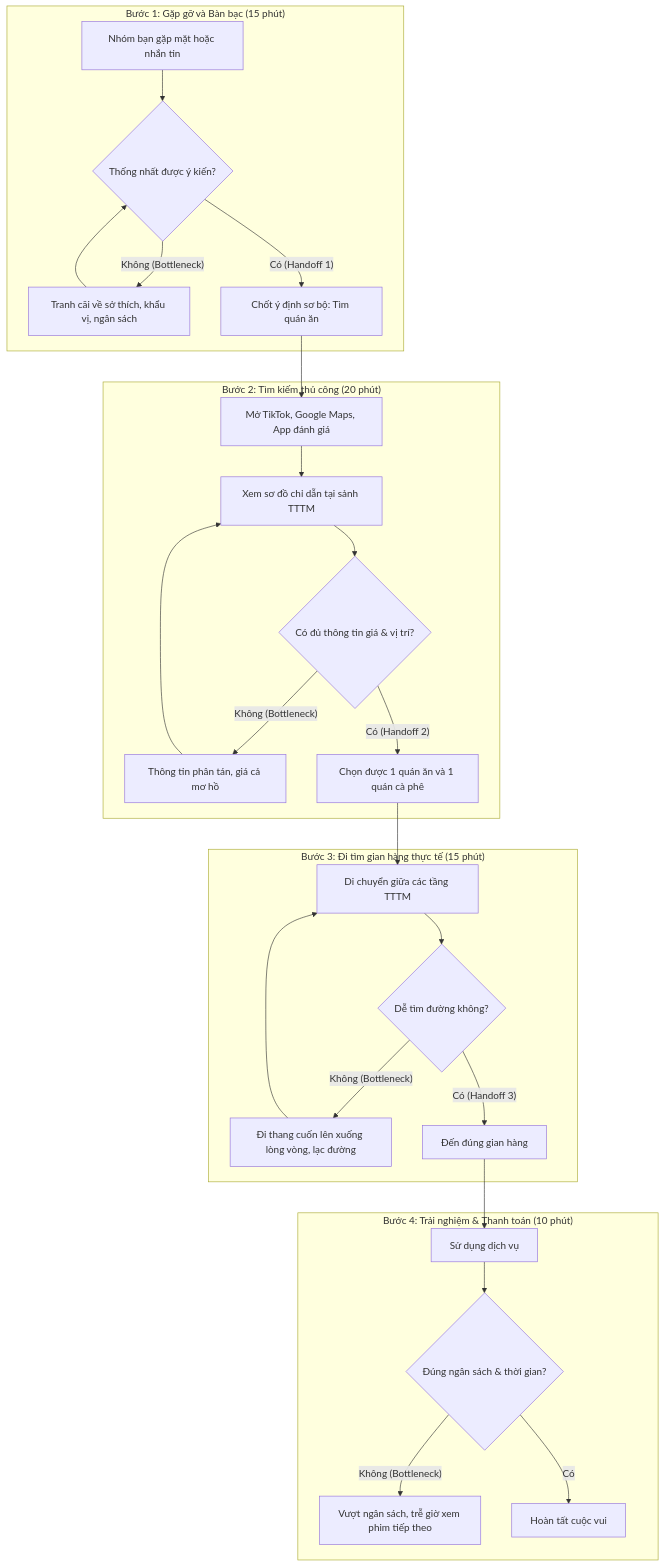
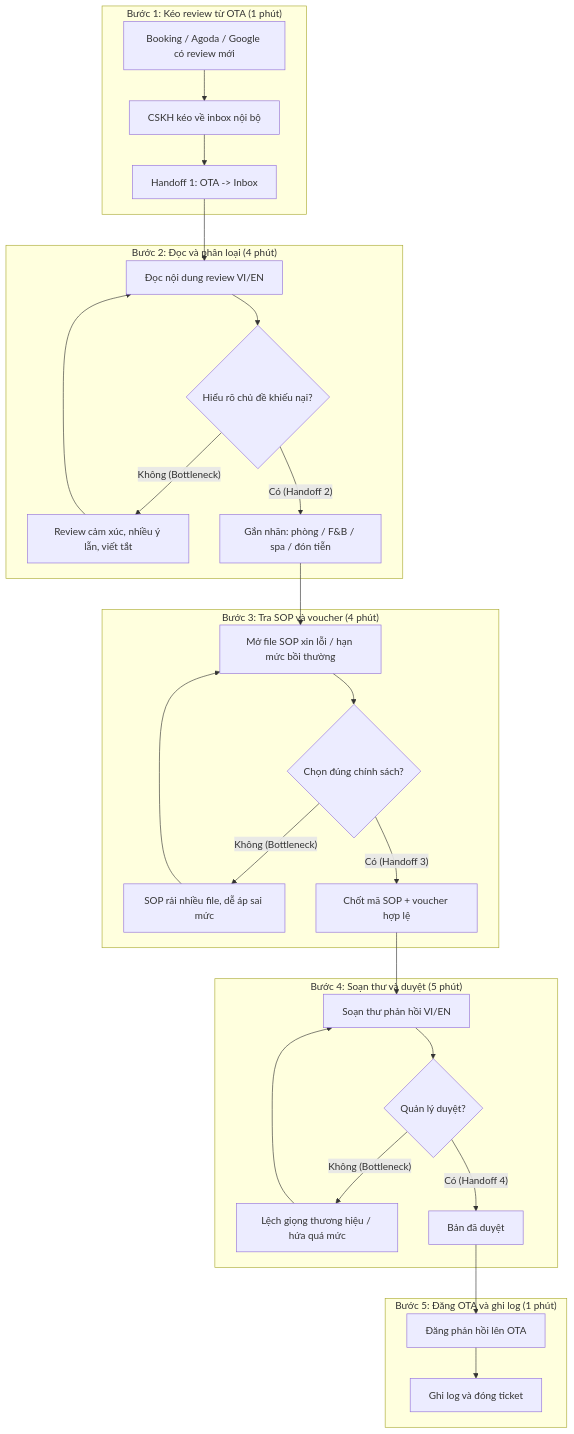
The diagram in 04-workflow-diagram.md (NguyenDucTrung999/VinUni_Codelab_Day02), drawn with Mermaid before and after one commit. The commit also changed other lines of this file and 6 other files, not shown here.

````diff
--- a/04-workflow-diagram.md
+++ b/04-workflow-diagram.md
@@ -43,33 +46,36 @@
 ```mermaid
 flowchart TD
-    subgraph Step1["Bước 1: Gặp gỡ và Bàn bạc (15 phút)"]
-        A["Nhóm bạn gặp mặt hoặc nhắn tin"] --> B{"Thống nhất được ý kiến?"}
-        B -- "Không (Bottleneck)" --> C["Tranh cãi về sở thích, khẩu vị, ngân sách"]
-        C --> B
-        B -- "Có (Handoff 1)" --> D["Chốt ý định sơ bộ: Tìm quán ăn"]
+    subgraph Step1["Bước 1: Kéo review từ OTA (1 phút)"]
+        A["Booking / Agoda / Google có review mới"] --> B["CSKH kéo về inbox nội bộ"]
+        B --> C["Handoff 1: OTA -> Inbox"]
     end
 
-    subgraph Step2["Bước 2: Tìm kiếm thủ công (20 phút)"]
-        D --> E["Mở TikTok, Google Maps, App đánh giá"]
-        E --> F["Xem sơ đồ chỉ dẫn tại sảnh TTTM"]
-        F --> G{"Có đủ thông tin giá & vị trí?"}
-        G -- "Không (Bottleneck)" --> H["Thông tin phân tán, giá cả mơ hồ"]
-        H --> F
-        G -- "Có (Handoff 2)" --> I["Chọn được 1 quán ăn và 1 quán cà phê"]
+    subgraph Step2["Bước 2: Đọc và phân loại (4 phút)"]
+        C --> D["Đọc nội dung review VI/EN"]
+        D --> E{"Hiểu rõ chủ đề khiếu nại?"}
+        E -- "Không (Bottleneck)" --> F["Review cảm xúc, nhiều ý lẫn, viết tắt"]
+        F --> D
+        E -- "Có (Handoff 2)" --> G["Gắn nhãn: phòng / F&B / spa / đón tiễn"]
     end
 
-    subgraph Step3["Bước 3: Đi tìm gian hàng thực tế (15 phút)"]
-        I --> J["Di chuyển giữa các tầng TTTM"]
-        J --> K{"Dễ tìm đường không?"}
-        K -- "Không (Bottleneck)" --> L["Đi thang cuốn lên xuống lòng vòng, lạc đường"]
-        L --> J
-        K -- "Có (Handoff 3)" --> M["Đến đúng gian hàng"]
+    subgraph Step3["Bước 3: Tra SOP và voucher (4 phút)"]
+        G --> H["Mở file SOP xin lỗi / hạn mức bồi thường"]
+        H --> I{"Chọn đúng chính sách?"}
+        I -- "Không (Bottleneck)" --> J["SOP rải nhiều file, dễ áp sai mức"]
+        J --> H
+        I -- "Có (Handoff 3)" --> K["Chốt mã SOP + voucher hợp lệ"]
     end
 
-    subgraph Step4["Bước 4: Trải nghiệm & Thanh toán (10 phút)"]
-        M --> N["Sử dụng dịch vụ"]
-        N --> O{"Đúng ngân sách & thời gian?"}
-        O -- "Không (Bottleneck)" --> P["Vượt ngân sách, trễ giờ xem phim tiếp theo"]
-        O -- "Có" --> Q["Hoàn tất cuộc vui"]
+    subgraph Step4["Bước 4: Soạn thư và duyệt (5 phút)"]
+        K --> L["Soạn thư phản hồi VI/EN"]
+        L --> M{"Quản lý duyệt?"}
+        M -- "Không (Bottleneck)" --> N["Lệch giọng thương hiệu / hứa quá mức"]
+        N --> L
+        M -- "Có (Handoff 4)" --> O["Bản đã duyệt"]
+    end
+
+    subgraph Step5["Bước 5: Đăng OTA và ghi log (1 phút)"]
+        O --> P["Đăng phản hồi lên OTA"]
+        P --> Q["Ghi log và đóng ticket"]
     end
 ```
````
